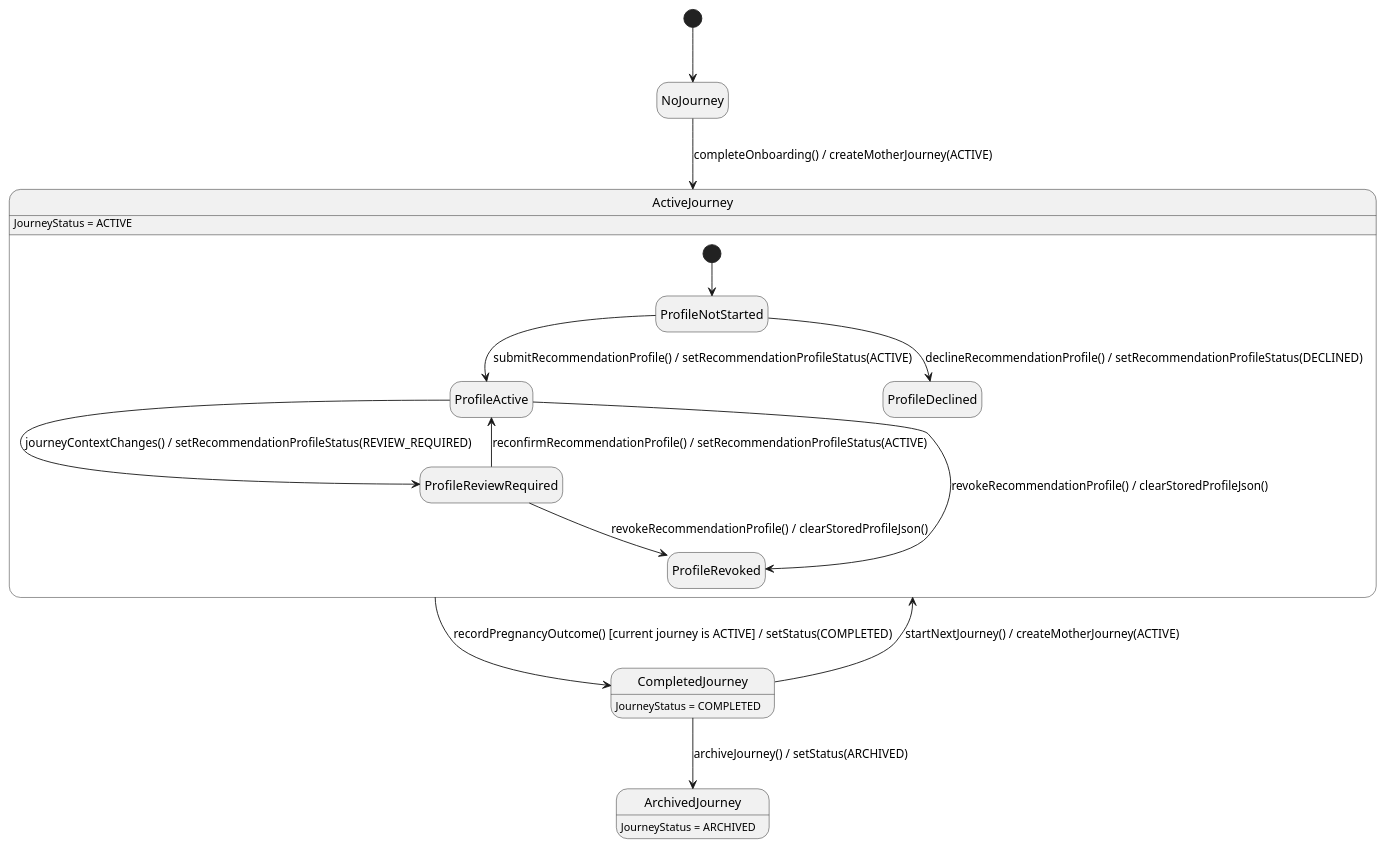
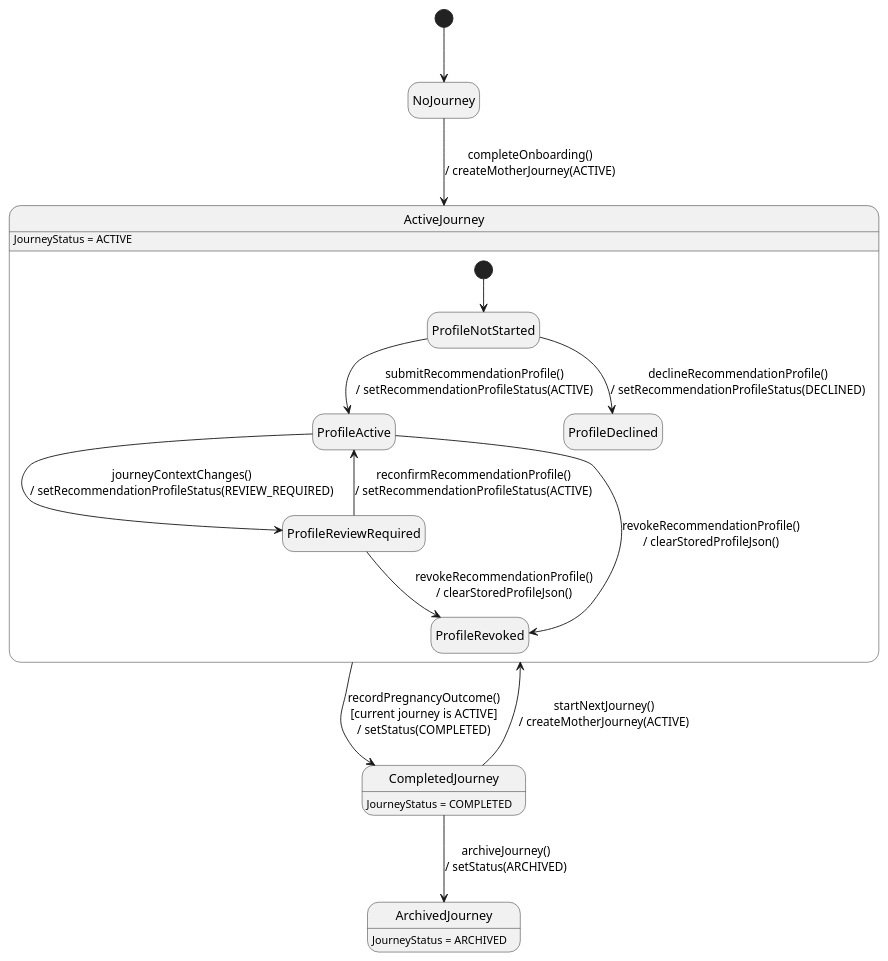
Before and after one commit to ChuongBDHE172784/CareBridge_SEP490_G79: the third of 3 diagrams in 03_Design/Detailed_Design/MF02_Mother_Care_Journey/01_Mother_Journey_Onboarding_Lifecycle_and_Recommendations.md, drawn with PlantUML. The commit also changed 61 other files, not shown here.

Commit message:
docs: update detailed design documentation and state chart diagrams across all feature modules

````diff
--- a/03_Design/Detailed_Design/MF02_Mother_Care_Journey/01_Mother_Journey_Onboarding_Lifecycle_and_Recommendations.md
+++ b/03_Design/Detailed_Design/MF02_Mother_Care_Journey/01_Mother_Journey_Onboarding_Lifecycle_and_Recommendations.md
@@ -481,25 +481,25 @@
 ```plantuml
 @startuml StateChartDiagram_01MotherJourneyOnboardingLifecycleandRecommendations
 hide empty description
 [*] --> NoJourney
 
-NoJourney --> ActiveJourney : completeOnboarding() / createMotherJourney(ACTIVE)
-ActiveJourney --> CompletedJourney : recordPregnancyOutcome() [current journey is ACTIVE] / setStatus(COMPLETED)
-CompletedJourney --> ActiveJourney : startNextJourney() / createMotherJourney(ACTIVE)
-CompletedJourney --> ArchivedJourney : archiveJourney() / setStatus(ARCHIVED)
+NoJourney --> ActiveJourney : completeOnboarding()\n/ createMotherJourney(ACTIVE)
+ActiveJourney --> CompletedJourney : recordPregnancyOutcome()\n[current journey is ACTIVE]\n/ setStatus(COMPLETED)
+CompletedJourney --> ActiveJourney : startNextJourney()\n/ createMotherJourney(ACTIVE)
+CompletedJourney --> ArchivedJourney : archiveJourney()\n/ setStatus(ARCHIVED)
 
 state ActiveJourney {
   [*] --> ProfileNotStarted
-  ProfileNotStarted --> ProfileActive : submitRecommendationProfile() / setRecommendationProfileStatus(ACTIVE)
-  ProfileNotStarted --> ProfileDeclined : declineRecommendationProfile() / setRecommendationProfileStatus(DECLINED)
-  ProfileActive --> ProfileReviewRequired : journeyContextChanges() / setRecommendationProfileStatus(REVIEW_REQUIRED)
-  ProfileReviewRequired --> ProfileActive : reconfirmRecommendationProfile() / setRecommendationProfileStatus(ACTIVE)
-  ProfileActive --> ProfileRevoked : revokeRecommendationProfile() / clearStoredProfileJson()
-  ProfileReviewRequired --> ProfileRevoked : revokeRecommendationProfile() / clearStoredProfileJson()
+  ProfileNotStarted --> ProfileActive : submitRecommendationProfile()\n/ setRecommendationProfileStatus(ACTIVE)
+  ProfileNotStarted --> ProfileDeclined : declineRecommendationProfile()\n/ setRecommendationProfileStatus(DECLINED)
+  ProfileActive --> ProfileReviewRequired : journeyContextChanges()\n/ setRecommendationProfileStatus(REVIEW_REQUIRED)
+  ProfileReviewRequired --> ProfileActive : reconfirmRecommendationProfile()\n/ setRecommendationProfileStatus(ACTIVE)
+  ProfileActive --> ProfileRevoked : revokeRecommendationProfile()\n/ clearStoredProfileJson()
+  ProfileReviewRequired --> ProfileRevoked : revokeRecommendationProfile()\n/ clearStoredProfileJson()
 }
 
 ActiveJourney : JourneyStatus = ACTIVE
 CompletedJourney : JourneyStatus = COMPLETED
 ArchivedJourney : JourneyStatus = ARCHIVED
 @enduml
 ```
````
